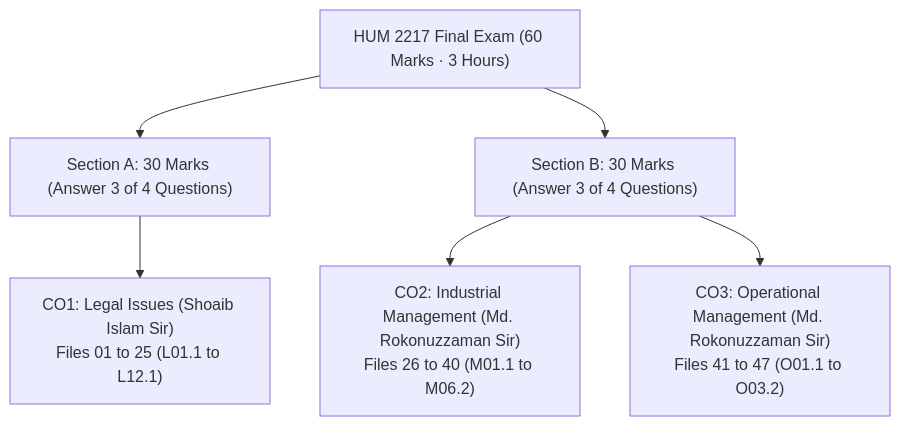
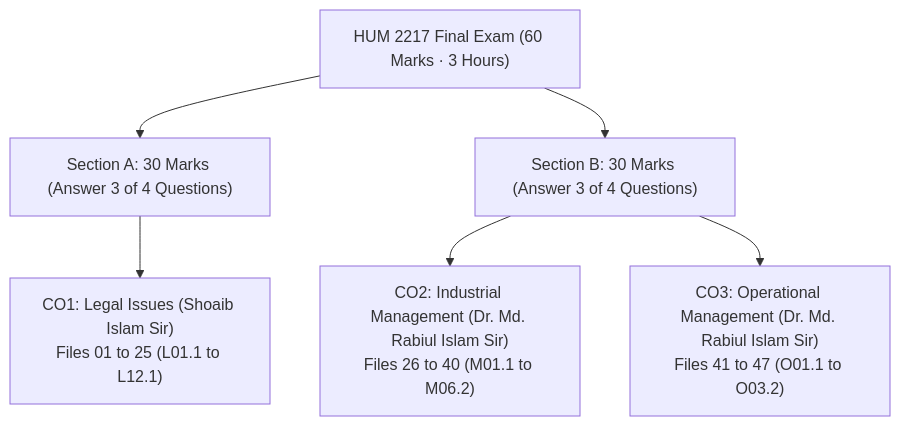
The diagram in boss_notes/00_Index.md (azazarfin60/Hum_2217_Semester_Final), drawn with Mermaid before and after one commit. The commit also changed other lines of this file and 23 other files, not shown here.

````diff
--- a/boss_notes/00_Index.md
+++ b/boss_notes/00_Index.md
@@ -30,10 +30,10 @@
 ```mermaid
 flowchart TD
     SUB["HUM 2217 Final Exam (60 Marks · 3 Hours)"] --> SECA["Section A: 30 Marks (Answer 3 of 4 Questions)"]
     SUB --> SECB["Section B: 30 Marks (Answer 3 of 4 Questions)"]
     
     SECA --> CO1["CO1: Legal Issues (Shoaib Islam Sir)<br/>Files 01 to 25 (L01.1 to L12.1)"]
     
-    SECB --> CO2["CO2: Industrial Management (Md. Rokonuzzaman Sir)<br/>Files 26 to 40 (M01.1 to M06.2)"]
-    SECB --> CO3["CO3: Operational Management (Md. Rokonuzzaman Sir)<br/>Files 41 to 47 (O01.1 to O03.2)"]
+    SECB --> CO2["CO2: Industrial Management (Dr. Md. Rabiul Islam Sir)<br/>Files 26 to 40 (M01.1 to M06.2)"]
+    SECB --> CO3["CO3: Operational Management (Dr. Md. Rabiul Islam Sir)<br/>Files 41 to 47 (O01.1 to O03.2)"]
 ```
````
